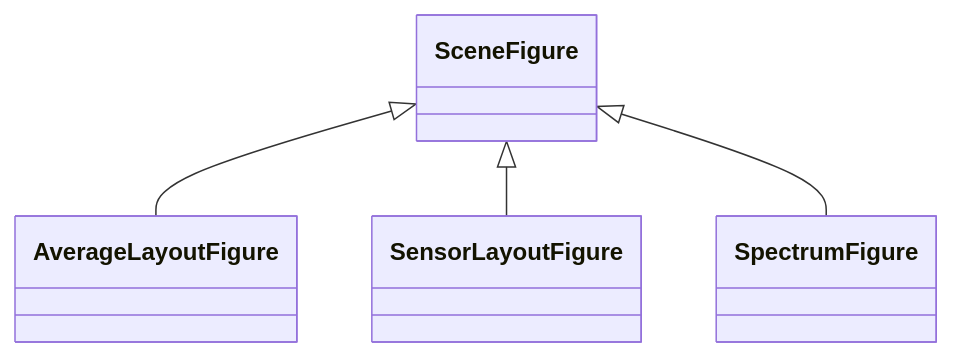
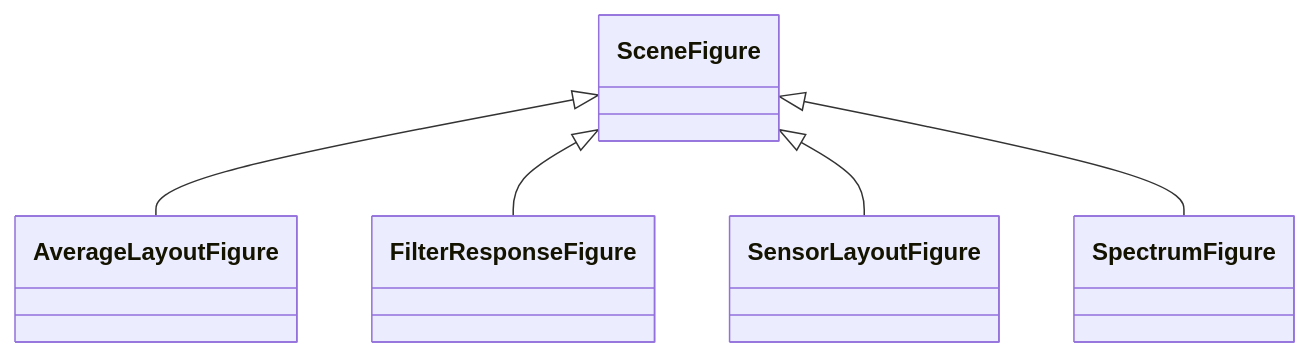
One commit to mne-tools/mne-cpp changed the diagram in doc/website/docs/api/viz/scene-figure.mdx. Above: the diagram before and after it, drawn with Mermaid. The commit also changed 12 other files, not shown here.

````diff
--- a/doc/website/docs/api/viz/scene-figure.mdx
+++ b/doc/website/docs/api/viz/scene-figure.mdx
@@ -24,9 +24,11 @@
 ```mermaid
 classDiagram
     SceneFigure <|-- AverageLayoutFigure
     click AverageLayoutFigure href "../../viz/average-layout-figure/"
+    SceneFigure <|-- FilterResponseFigure
+    click FilterResponseFigure href "../../viz/filter-response-figure/"
     SceneFigure <|-- SensorLayoutFigure
     click SensorLayoutFigure href "../../viz/sensor-layout-figure/"
     SceneFigure <|-- SpectrumFigure
     click SpectrumFigure href "../../viz/spectrum-figure/"
 ```
````
